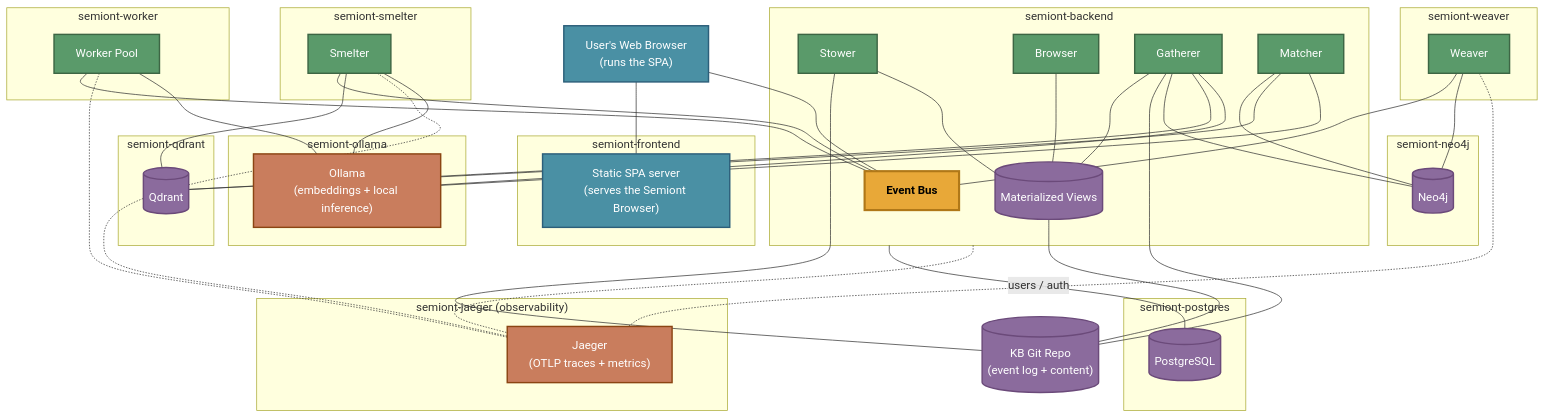
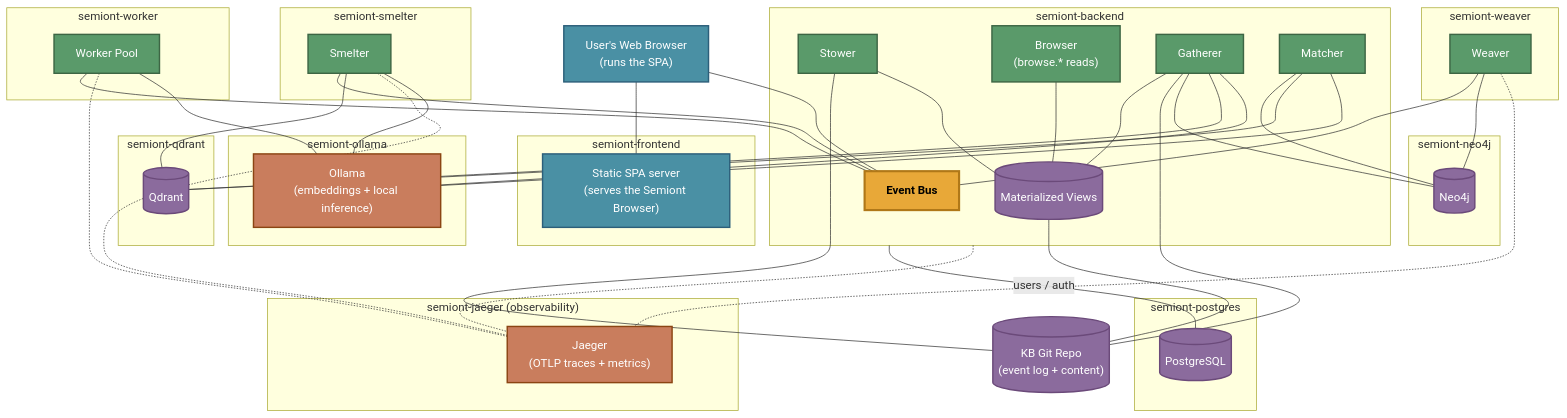
Before and after one commit to The-AI-Alliance/semiont: the diagram in docs/system/CONTAINER-TOPOLOGY.md, drawn with Mermaid. The commit also changed other lines of this file, not shown here.

Commit message:
update container doc and diagram

```diff
--- a/docs/system/CONTAINER-TOPOLOGY.md
+++ b/docs/system/CONTAINER-TOPOLOGY.md
@@ -23,7 +23,7 @@
     subgraph backend_c ["semiont-backend"]
         BUS["Event Bus"]
         STOWER["Stower"]
-        BROWSER["Browser"]
+        BROWSER["Browser<br/>(browse.* reads)"]
         GATHERER["Gatherer"]
         MATCHER["Matcher"]
         VIEWS[("Materialized Views")]
```
